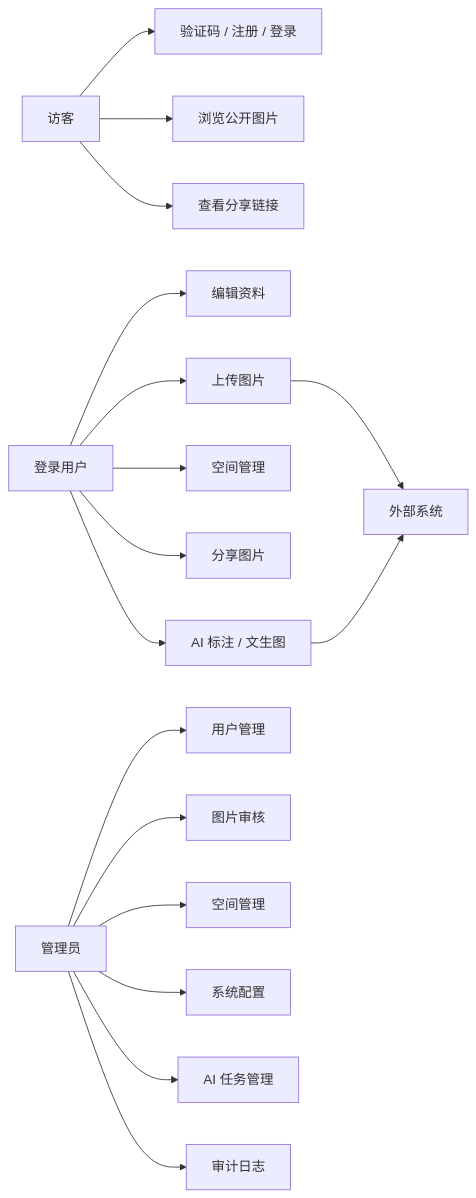
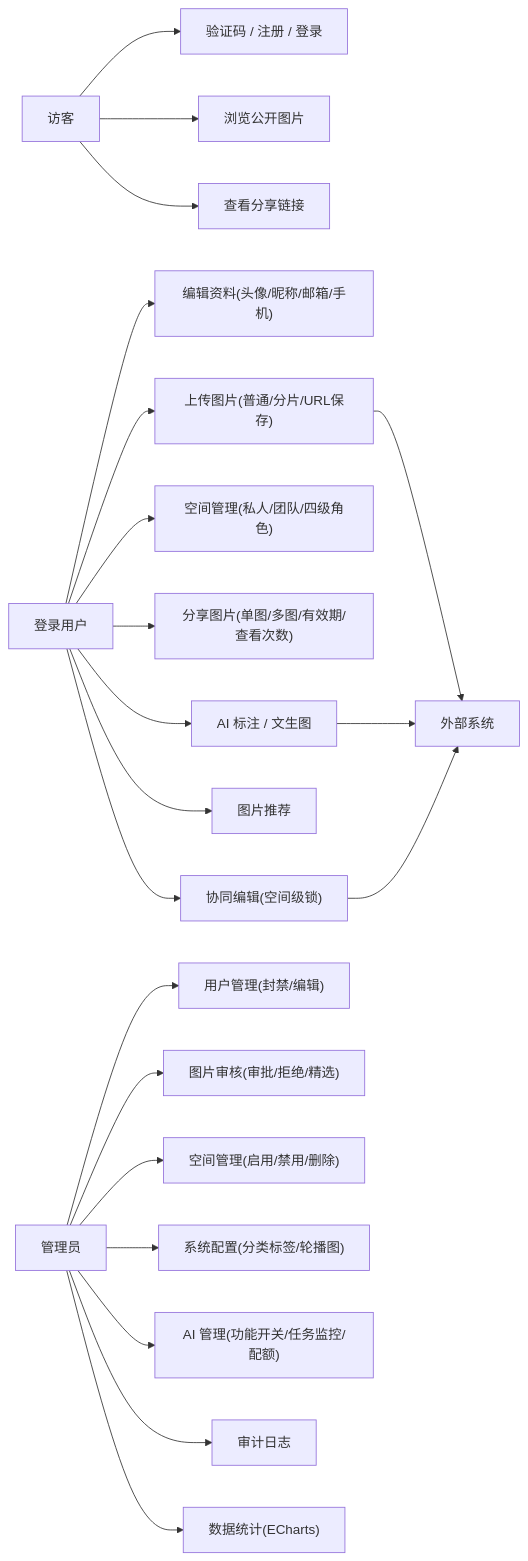
One commit to FishDuM/AI.Image.Material.Collaboration.Platform changed the first of 8 diagrams in model/uml_diagrams.md. Above: the diagram before and after it, drawn with Mermaid. The commit also changed other lines of this file and 2 other files, not shown here.

````diff
--- a/model/uml_diagrams.md
+++ b/model/uml_diagrams.md
@@ -29,27 +29,31 @@
 ```mermaid
 flowchart LR
     Guest["访客"]
     User["登录用户"]
     Admin["管理员"]
     Ext["外部系统"]
 
     Guest --> UC1["验证码 / 注册 / 登录"]
     Guest --> UC2["浏览公开图片"]
     Guest --> UC3["查看分享链接"]
 
-    User --> UC4["编辑资料"]
-    User --> UC5["上传图片"]
-    User --> UC6["空间管理"]
-    User --> UC7["分享图片"]
+    User --> UC4["编辑资料(头像/昵称/邮箱/手机)"]
+    User --> UC5["上传图片(普通/分片/URL保存)"]
+    User --> UC6["空间管理(私人/团队/四级角色)"]
+    User --> UC7["分享图片(单图/多图/有效期/查看次数)"]
     User --> UC8["AI 标注 / 文生图"]
+    User --> UC9["图片推荐"]
+    User --> UC10["协同编辑(空间级锁)"]
 
-    Admin --> UC9["用户管理"]
-    Admin --> UC10["图片审核"]
-    Admin --> UC11["空间管理"]
-    Admin --> UC12["系统配置"]
-    Admin --> UC13["AI 任务管理"]
-    Admin --> UC14["审计日志"]
+    Admin --> UC11["用户管理(封禁/编辑)"]
+    Admin --> UC12["图片审核(审批/拒绝/精选)"]
+    Admin --> UC13["空间管理(启用/禁用/删除)"]
+    Admin --> UC14["系统配置(分类标签/轮播图)"]
+    Admin --> UC15["AI 管理(功能开关/任务监控/配额)"]
+    Admin --> UC16["审计日志"]
+    Admin --> UC17["数据统计(ECharts)"]
 
     UC5 --> Ext
     UC8 --> Ext
+    UC10 --> Ext
 ```
````
